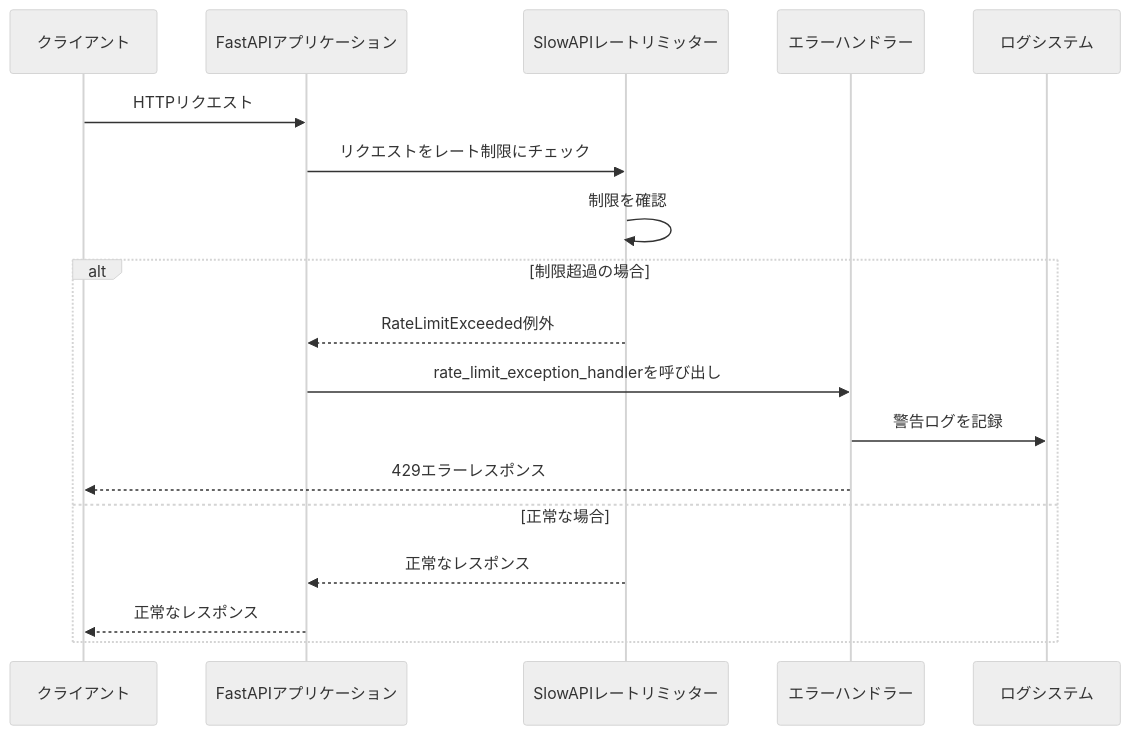
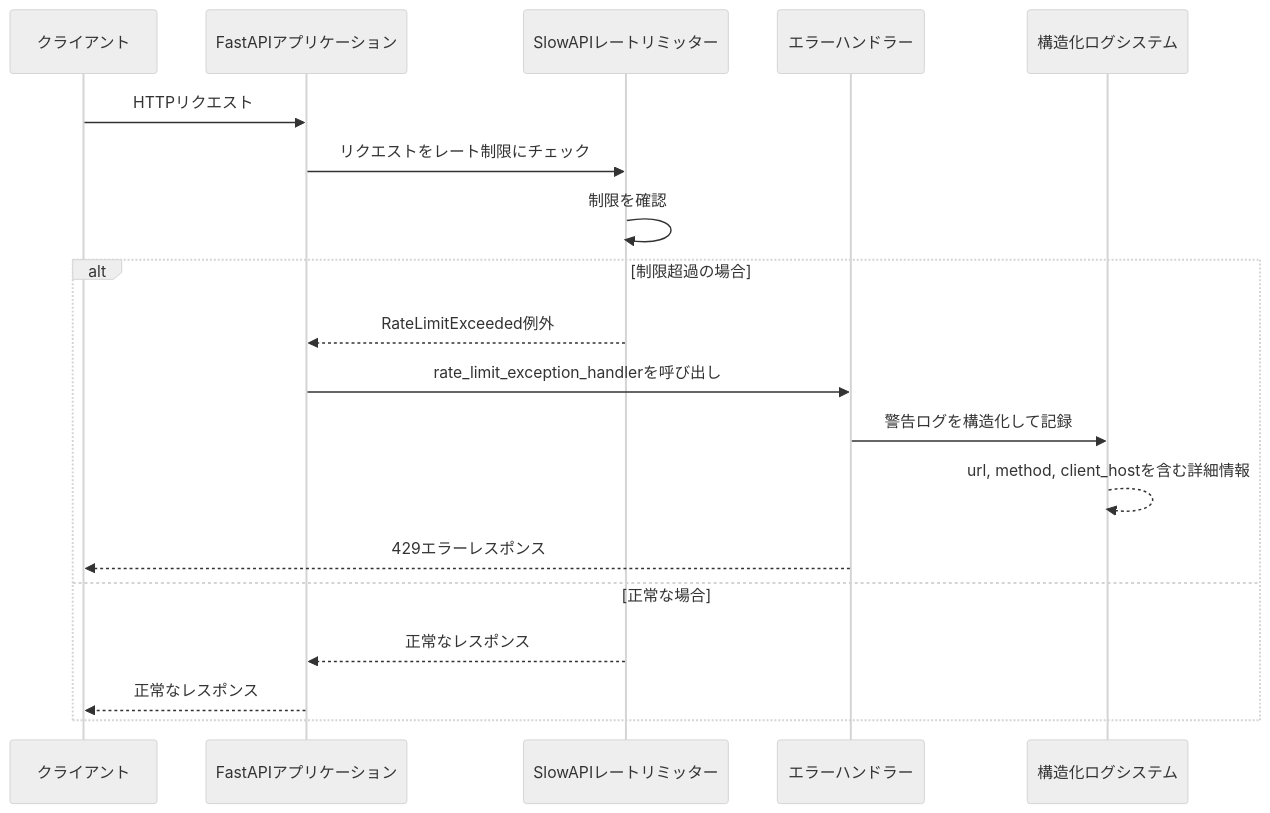
Before and after one commit to ss8806/Todos: the second of 9 diagrams in .qoder/repowiki/ja/content/セキュリティ対策/レート制限/エラーハンドリング.md, drawn with Mermaid (neutral theme). The commit also changed other lines of this file and 9 other files, not shown here.

````diff
--- a/.qoder/repowiki/ja/content/セキュリティ対策/レート制限/エラーハンドリング.md
+++ b/.qoder/repowiki/ja/content/セキュリティ対策/レート制限/エラーハンドリング.md
@@ -99,20 +120,21 @@
 ```mermaid
 sequenceDiagram
 participant Client as クライアント
 participant API as FastAPIアプリケーション
 participant Limiter as SlowAPIレートリミッター
 participant Handler as エラーハンドラー
-participant Logger as ログシステム
+participant Logger as 構造化ログシステム
 Client->>API : HTTPリクエスト
 API->>Limiter : リクエストをレート制限にチェック
 Limiter->>Limiter : 制限を確認
 alt 制限超過の場合
 Limiter-->>API : RateLimitExceeded例外
 API->>Handler : rate_limit_exception_handlerを呼び出し
-Handler->>Logger : 警告ログを記録
+Handler->>Logger : 警告ログを構造化して記録
+Logger-->>Logger : url, method, client_hostを含む詳細情報
 Handler-->>Client : 429エラーレスポンス
 else 正常な場合
 Limiter-->>API : 正常なレスポンス
 API-->>Client : 正常なレスポンス
 end
 ```
````
